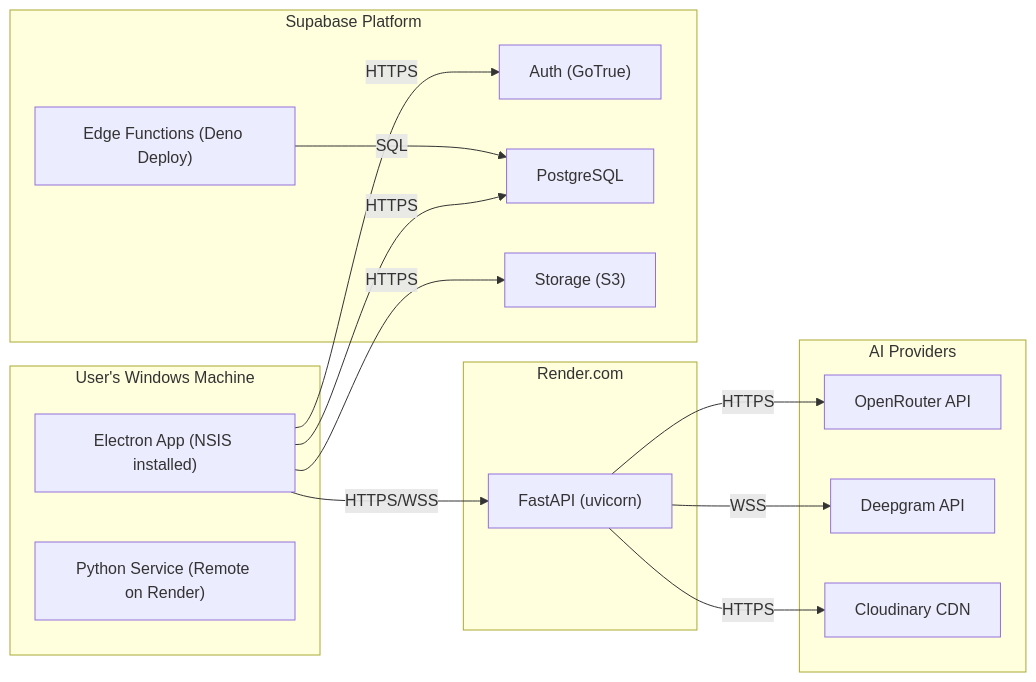
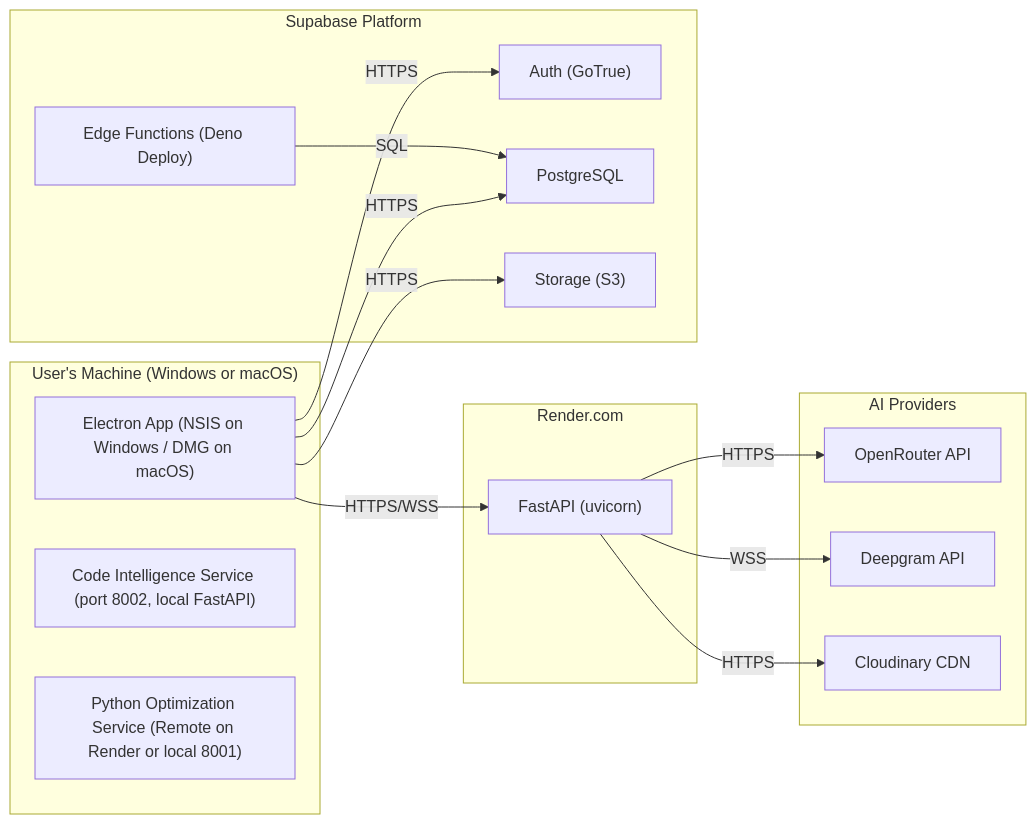
One commit to Rac-exe/Prompt changed the third of 5 diagrams in system-deconstruction.md. Above: the diagram before and after it, drawn with Mermaid. The commit also changed other lines of this file and 23 other files, not shown here.

````diff
--- a/system-deconstruction.md
+++ b/system-deconstruction.md
@@ -182,33 +186,34 @@
 ```mermaid
 graph LR
-    subgraph userMachine ["User's Windows Machine"]
-        electronApp["Electron App (NSIS installed)"]
-        pythonSvc["Python Service (Remote on Render)"]
+    subgraph userMachine ["User's Machine (Windows or macOS)"]
+        electronApp["Electron App (NSIS on Windows / DMG on macOS)"]
+        codeIntel["Code Intelligence Service (port 8002, local FastAPI)"]
+        pythonSvc["Python Optimization Service (Remote on Render or local 8001)"]
     end
 
     subgraph renderCloud ["Render.com"]
         renderService["FastAPI (uvicorn)"]
     end
 
     subgraph supabasePlatform ["Supabase Platform"]
         supaAuth["Auth (GoTrue)"]
         supaDB["PostgreSQL"]
         supaStorage["Storage (S3)"]
         supaEdge["Edge Functions (Deno Deploy)"]
     end
 
     subgraph providers ["AI Providers"]
         openRouterSvc["OpenRouter API"]
         deepgramSvc["Deepgram API"]
         cloudinarySvc["Cloudinary CDN"]
     end
 
     electronApp -->|"HTTPS/WSS"| renderService
     electronApp -->|"HTTPS"| supaAuth
     electronApp -->|"HTTPS"| supaDB
     electronApp -->|"HTTPS"| supaStorage
     renderService -->|"HTTPS"| openRouterSvc
     renderService -->|"WSS"| deepgramSvc
     renderService -->|"HTTPS"| cloudinarySvc
     supaEdge -->|"SQL"| supaDB
 ```
````
